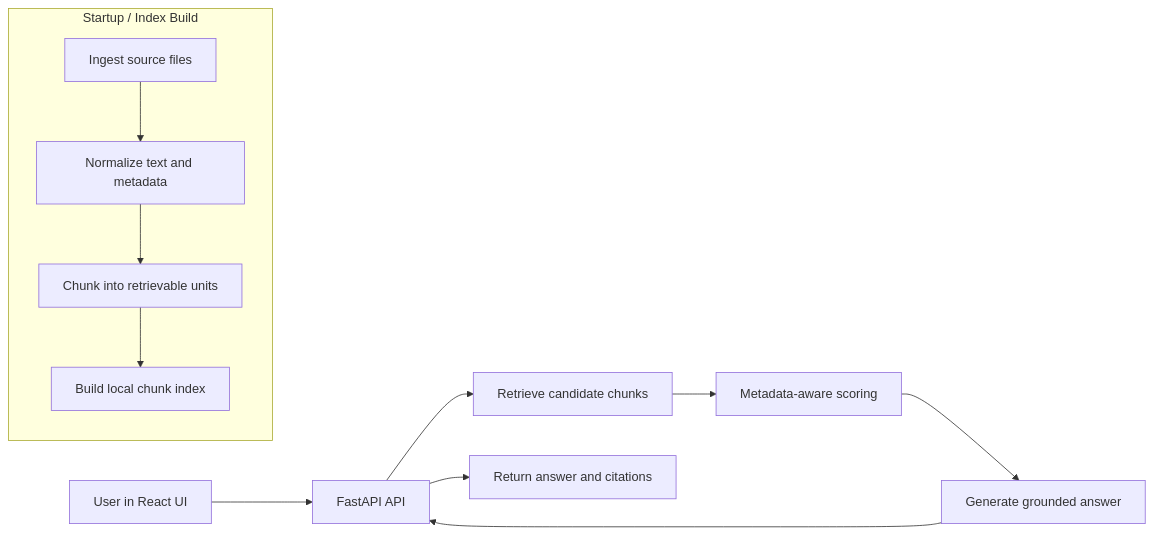
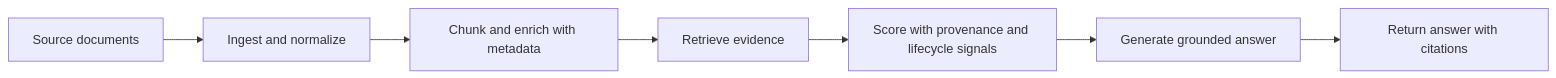
The first of 2 diagrams in README.md (ttransou/SCARAG), drawn with Mermaid before and after one commit. The commit also changed other lines of this file and 1 other file, not shown here.

````diff
--- a/README.md
+++ b/README.md
@@ -70,15 +76,9 @@
 ```mermaid
 graph LR
-    subgraph Startup_Index_Build [Startup / Index Build]
-        A[Ingest source files] --> B[Normalize text and metadata]
-        B --> C[Chunk into retrievable units]
-        C --> D[Build local chunk index]
-    end
-
-    E[User in React UI] --> F[FastAPI API]
-    F --> G[Retrieve candidate chunks]
-    G --> H[Metadata-aware scoring]
-    H --> I[Generate grounded answer]
-    I --> F
-    F --> J[Return answer and citations]
+    A[Source documents] --> B[Ingest and normalize]
+    B --> C[Chunk and enrich with metadata]
+    C --> D[Retrieve evidence]
+    D --> E[Score with provenance and lifecycle signals]
+    E --> F[Generate grounded answer]
+    F --> G[Return answer with citations]
 ```
````
